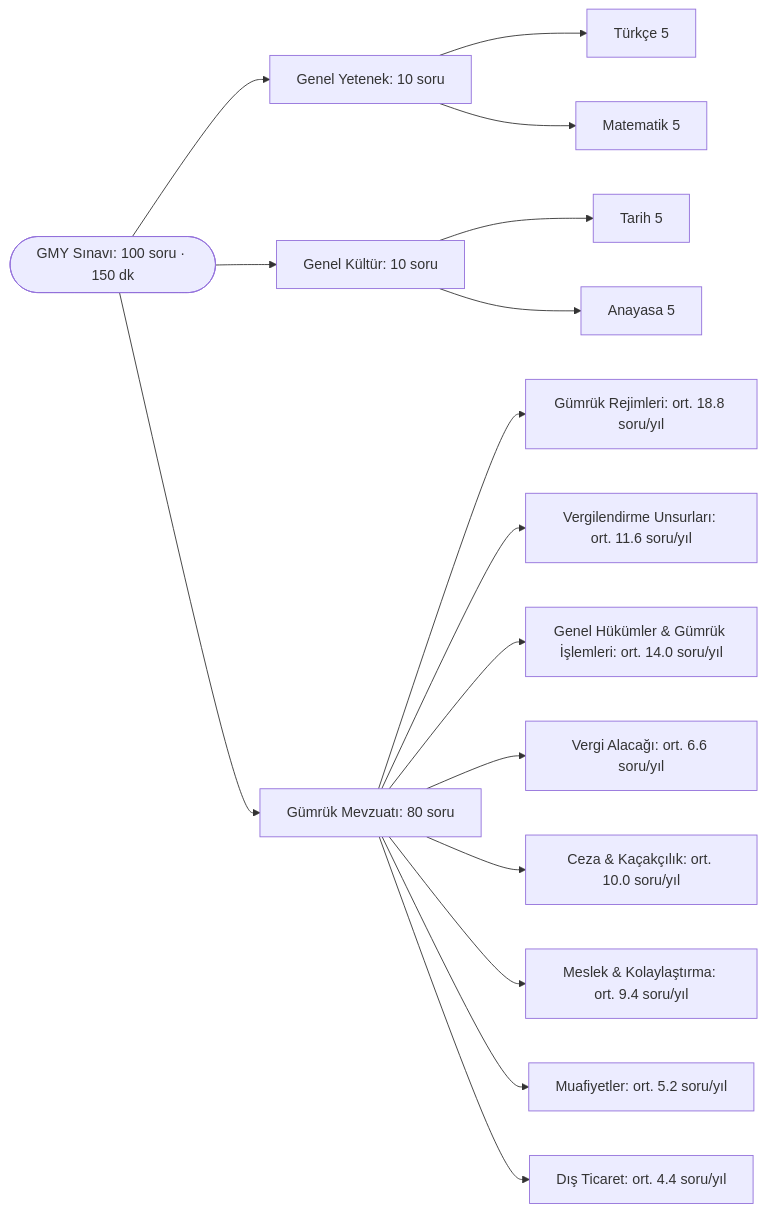
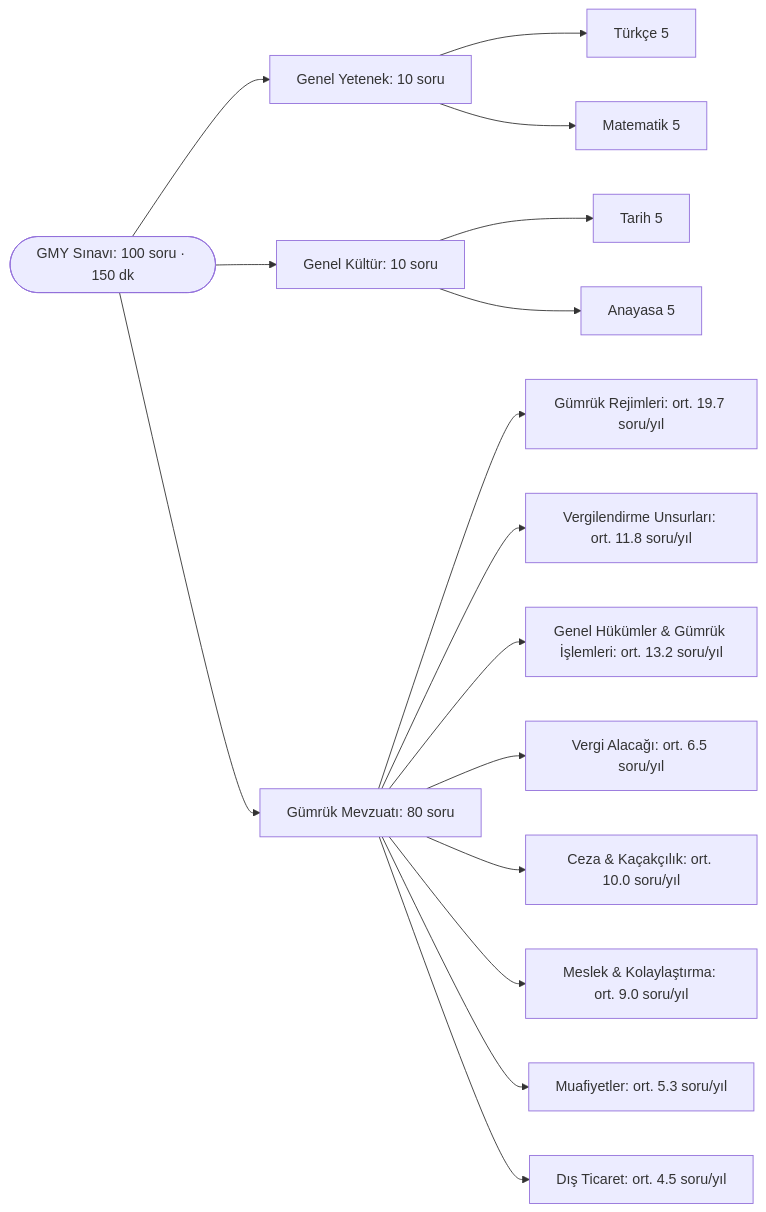
One commit to Gumrukdoktoru/gmy-ikmislar changed the diagram in analiz/README.md. Above: the diagram before and after it, drawn with Mermaid. The commit also changed other lines of this file and 41 other files, not shown here.

````diff
--- a/analiz/README.md
+++ b/analiz/README.md
@@ -26,19 +26,19 @@
 ```mermaid
 flowchart LR
   S([GMY Sınavı: 100 soru · 150 dk])
   S --> GY[Genel Yetenek: 10 soru]
   S --> GKL[Genel Kültür: 10 soru]
   S --> AL[Gümrük Mevzuatı: 80 soru]
   GY --> T1[Türkçe 5]
   GY --> T2[Matematik 5]
   GKL --> T3[Tarih 5]
   GKL --> T4[Anayasa 5]
-  AL --> G0["Gümrük Rejimleri: ort. 18.8 soru/yıl"]
-  AL --> G1["Vergilendirme Unsurları: ort. 11.6 soru/yıl"]
-  AL --> G2["Genel Hükümler & Gümrük İşlemleri: ort. 14.0 soru/yıl"]
-  AL --> G3["Vergi Alacağı: ort. 6.6 soru/yıl"]
+  AL --> G0["Gümrük Rejimleri: ort. 19.7 soru/yıl"]
+  AL --> G1["Vergilendirme Unsurları: ort. 11.8 soru/yıl"]
+  AL --> G2["Genel Hükümler & Gümrük İşlemleri: ort. 13.2 soru/yıl"]
+  AL --> G3["Vergi Alacağı: ort. 6.5 soru/yıl"]
   AL --> G4["Ceza & Kaçakçılık: ort. 10.0 soru/yıl"]
-  AL --> G5["Meslek & Kolaylaştırma: ort. 9.4 soru/yıl"]
-  AL --> G6["Muafiyetler: ort. 5.2 soru/yıl"]
-  AL --> G7["Dış Ticaret: ort. 4.4 soru/yıl"]
+  AL --> G5["Meslek & Kolaylaştırma: ort. 9.0 soru/yıl"]
+  AL --> G6["Muafiyetler: ort. 5.3 soru/yıl"]
+  AL --> G7["Dış Ticaret: ort. 4.5 soru/yıl"]
 ```
````
